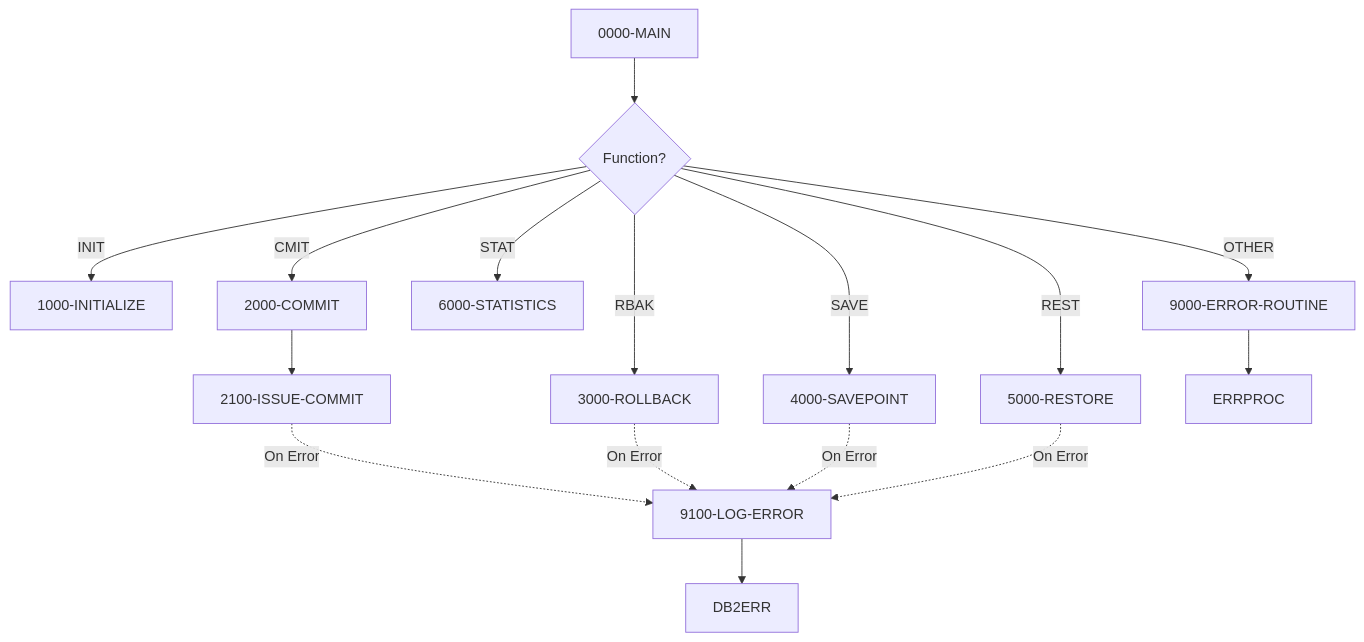
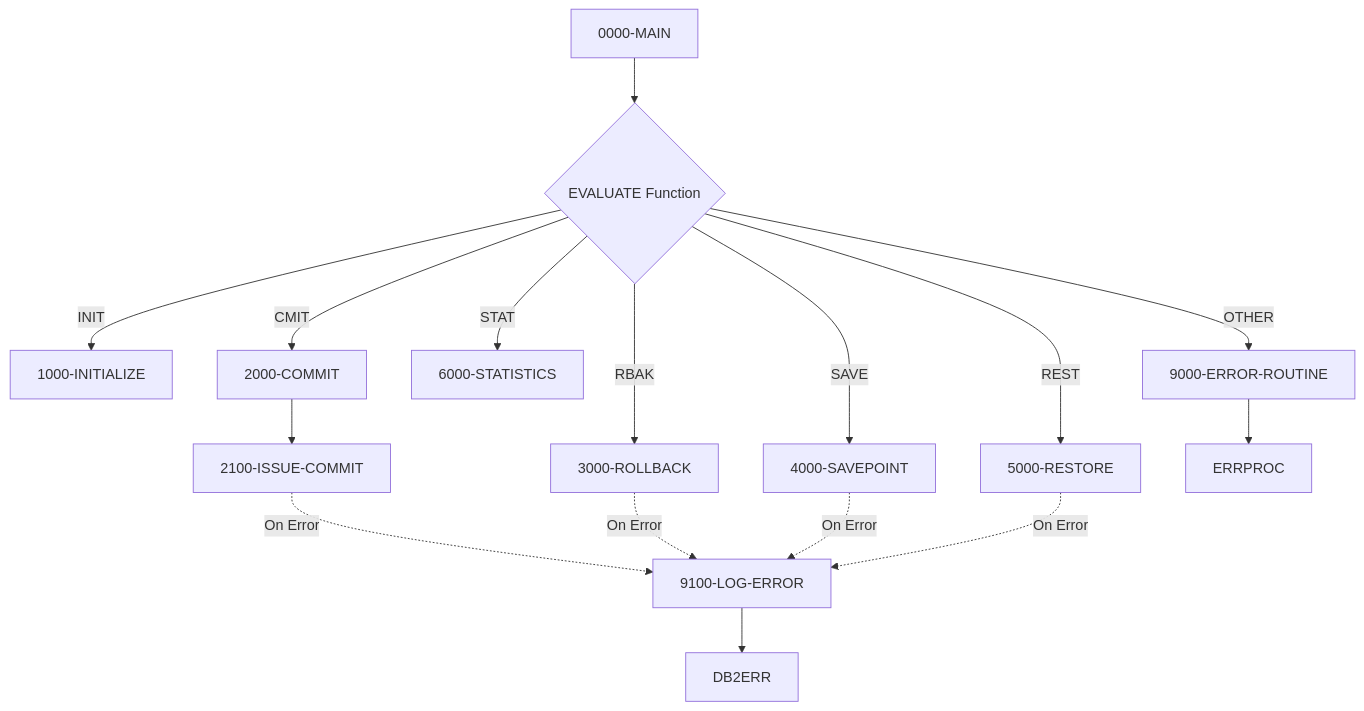
One commit to haladir-com/legacy-benchmark-docs-vb70e1 changed the diagram in docs/programs/DB2CMT.mdx. Above: the diagram before and after it, drawn with Mermaid. The commit also changed other lines of this file and 63 other files, not shown here.

````diff
--- a/docs/programs/DB2CMT.mdx
+++ b/docs/programs/DB2CMT.mdx
@@ -22,19 +22,20 @@
 ```mermaid
 graph TD
-    A[0000-MAIN] --> B{Function?}
+    A[0000-MAIN] --> B{EVALUATE Function}
     B -->|INIT| C[1000-INITIALIZE]
     B -->|CMIT| D[2000-COMMIT]
     B -->|RBAK| E[3000-ROLLBACK]
     B -->|SAVE| F[4000-SAVEPOINT]
     B -->|REST| G[5000-RESTORE]
     B -->|STAT| H[6000-STATISTICS]
     B -->|OTHER| I[9000-ERROR-ROUTINE]
     
     D --> D1[2100-ISSUE-COMMIT]
     D1 -.->|On Error| J[9100-LOG-ERROR]
     E -.->|On Error| J
     F -.->|On Error| J
     G -.->|On Error| J
+    
     I --> K[ERRPROC]
     J --> L[DB2ERR]
 ```
````
